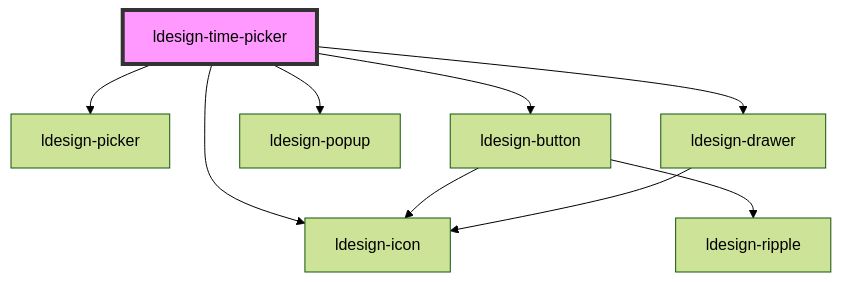
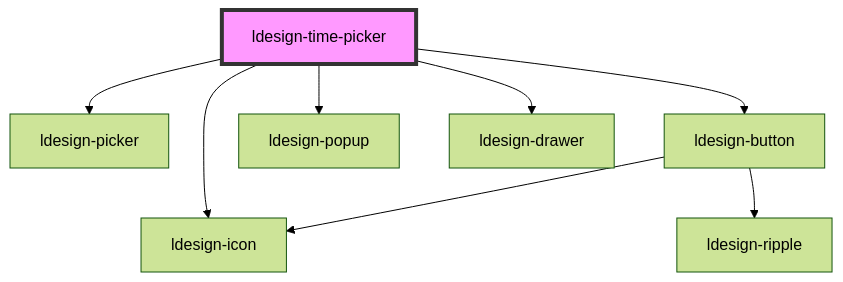
Before and after one commit to poly1603/ldesign: the diagram in packages/webcomponent/src/components/time-picker/readme.md, drawn with Mermaid (forest theme). The commit also changed 15 other files, not shown here.

````diff
--- a/packages/webcomponent/src/components/time-picker/readme.md
+++ b/packages/webcomponent/src/components/time-picker/readme.md
@@ -73,12 +73,11 @@
 ```mermaid
 graph TD;
   ldesign-time-picker --> ldesign-icon
   ldesign-time-picker --> ldesign-picker
   ldesign-time-picker --> ldesign-button
   ldesign-time-picker --> ldesign-popup
   ldesign-time-picker --> ldesign-drawer
   ldesign-button --> ldesign-icon
   ldesign-button --> ldesign-ripple
-  ldesign-drawer --> ldesign-icon
   style ldesign-time-picker fill:#f9f,stroke:#333,stroke-width:4px
 ```
````
